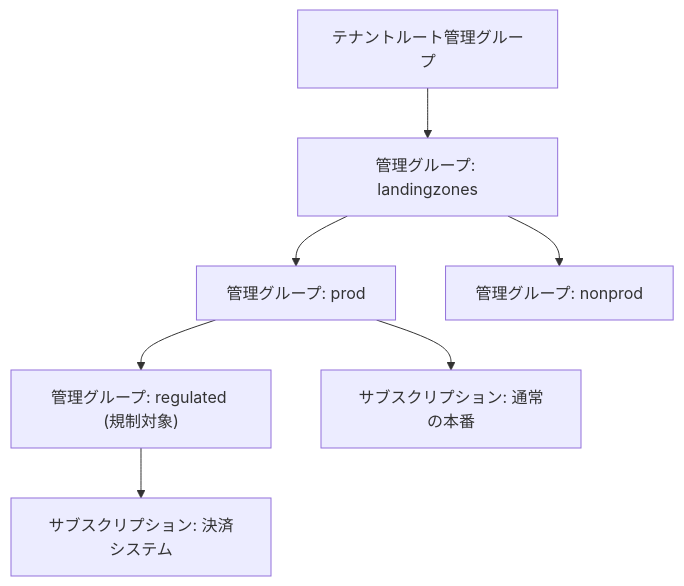
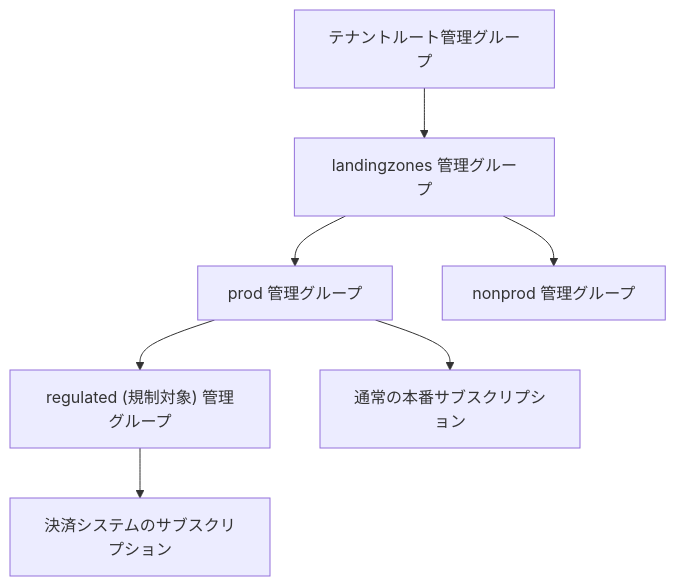
One commit to engineers-hub-ltd-in-house-project/azure-practice changed the third of 4 diagrams in manuscript/part1/02-management-groups.md. Above: the diagram before and after it, drawn with Mermaid. The commit also changed other lines of this file, not shown here.

First line of the commit message:
docs: 図のノードの種類表記を「名前 + 種類」の後置形式に統一する

````diff
--- a/manuscript/part1/02-management-groups.md
+++ b/manuscript/part1/02-management-groups.md
@@ -46,9 +46,9 @@
 ```mermaid
 flowchart TB
-  R["テナントルート管理グループ"] --> L["管理グループ: landingzones"]
-  L --> P["管理グループ: prod"]
-  L --> N["管理グループ: nonprod"]
-  P --> REG["管理グループ: regulated (規制対象)"]
-  REG --> S1["サブスクリプション: 決済システム"]
-  P --> S2["サブスクリプション: 通常の本番"]
+  R["テナントルート管理グループ"] --> L["landingzones 管理グループ"]
+  L --> P["prod 管理グループ"]
+  L --> N["nonprod 管理グループ"]
+  P --> REG["regulated (規制対象) 管理グループ"]
+  REG --> S1["決済システムのサブスクリプション"]
+  P --> S2["通常の本番サブスクリプション"]
 ```
````
